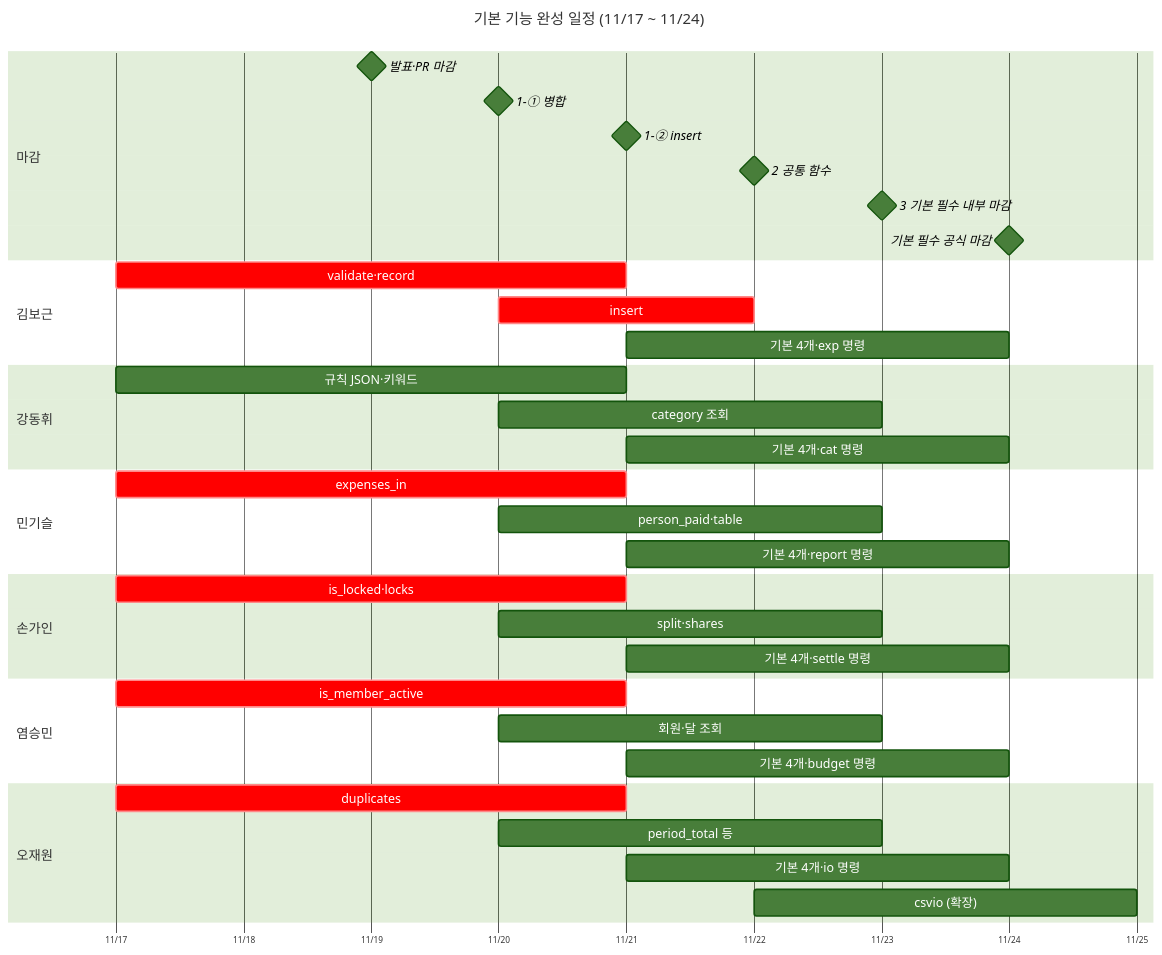
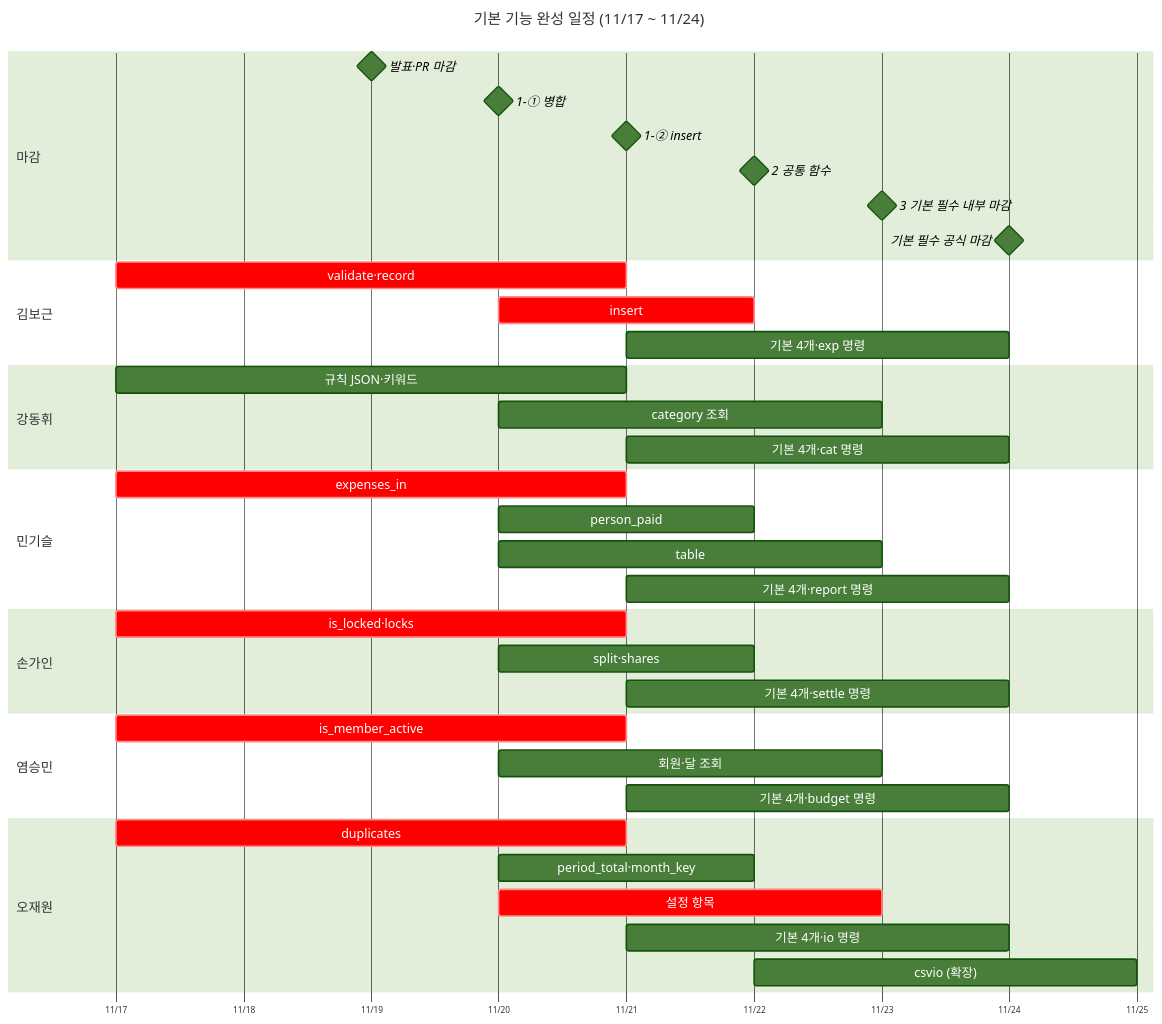
The diagram in docs/역할분담_작업순서.md (no-people/py_KKMOYS), drawn with Mermaid (forest theme) before and after one commit. The commit also changed other lines of this file, not shown here.

````diff
--- a/docs/역할분담_작업순서.md
+++ b/docs/역할분담_작업순서.md
@@ -88,47 +102,49 @@
 ```mermaid
 %%{init: {"gantt": {"useWidth": 1400, "barHeight": 32, "barGap": 10, "topPadding": 60, "leftPadding": 130, "rightPadding": 40, "gridLineStartPadding": 50, "fontSize": 15, "sectionFontSize": 16, "numberSectionStyles": 4}}}%%
 gantt
     title 기본 기능 완성 일정 (11/17 ~ 11/24)
     dateFormat YYYY-MM-DD
     axisFormat %m/%d
     tickInterval 1day
 
     section 마감
     발표·PR 마감        :milestone, m0, 2026-11-19, 0d
     1-① 병합            :milestone, m1, 2026-11-20, 0d
     1-② insert          :milestone, m2, 2026-11-21, 0d
     2 공통 함수          :milestone, m3, 2026-11-22, 0d
     3 기본 필수 내부 마감 :milestone, m4, 2026-11-23, 0d
     기본 필수 공식 마감   :milestone, m6, 2026-11-24, 0d
 
     section 김보근
     validate·record     :crit, b1, 2026-11-17, 4d
     insert              :crit, b2, 2026-11-20, 2d
     기본 4개·exp 명령    :b3, 2026-11-21, 3d
 
     section 강동휘
     규칙 JSON·키워드     :d1, 2026-11-17, 4d
     category 조회        :d2, 2026-11-20, 3d
     기본 4개·cat 명령    :d3, 2026-11-21, 3d
 
     section 민기슬
     expenses_in         :crit, g1, 2026-11-17, 4d
-    person_paid·table   :g2, 2026-11-20, 3d
+    person_paid         :g2, 2026-11-20, 2d
+    table               :g4, 2026-11-20, 3d
     기본 4개·report 명령 :g3, 2026-11-21, 3d
 
     section 손가인
     is_locked·locks     :crit, s1, 2026-11-17, 4d
-    split·shares        :s3, 2026-11-20, 3d
+    split·shares        :s3, 2026-11-20, 2d
     기본 4개·settle 명령 :s4, 2026-11-21, 3d
 
     section 염승민
     is_member_active    :crit, y1, 2026-11-17, 4d
     회원·달 조회         :y3, 2026-11-20, 3d
     기본 4개·budget 명령 :y4, 2026-11-21, 3d
 
     section 오재원
     duplicates          :crit, o1, 2026-11-17, 4d
-    period_total 등     :o3, 2026-11-20, 3d
+    period_total·month_key :o3, 2026-11-20, 2d
+    설정 항목            :crit, o6, 2026-11-20, 3d
     기본 4개·io 명령     :o5, 2026-11-21, 3d
     csvio (확장)        :o4, 2026-11-22, 3d
 ```
````
